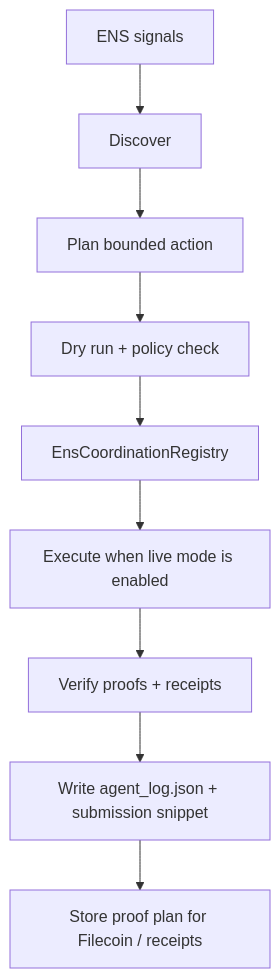
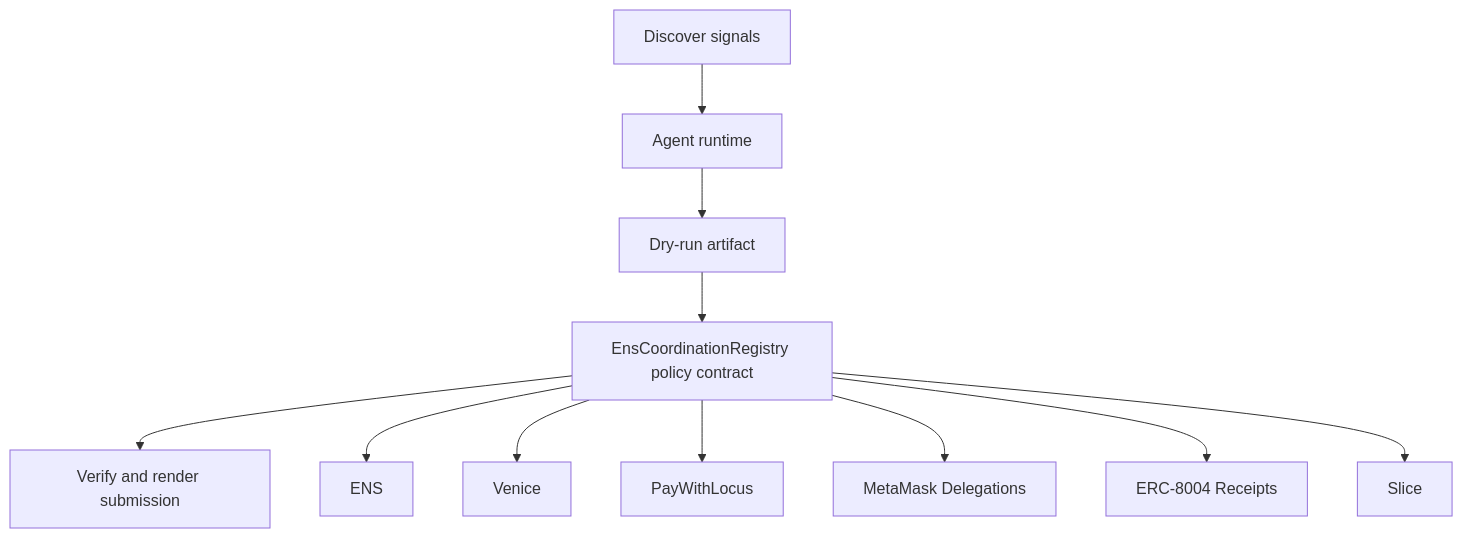
Before and after one commit to CrystallineButterfly/Synthesis-ENS: the diagram in docs/architecture.mmd, drawn with Mermaid. The commit also changed 998 other files, not shown here.

Commit message:
Implement bounded agent runtime

```diff
--- a/docs/architecture.mmd
+++ b/docs/architecture.mmd
@@ -1,9 +1,13 @@
 flowchart TD
-    Signals[ENS signals] --> Discover[Discover]
-    Discover --> Plan[Plan bounded action]
-    Plan --> DryRun[Dry run + policy check]
-    DryRun --> Guard[EnsCoordinationRegistry]
-    Guard --> Execute[Execute when live mode is enabled]
-    Execute --> Verify[Verify proofs + receipts]
-    Verify --> Persist[Write agent_log.json + submission snippet]
-    Persist --> Storage[Store proof plan for Filecoin / receipts]
+    Signals[Discover signals]
+    Planner[Agent runtime]
+    DryRun[Dry-run artifact]
+    Contract[EnsCoordinationRegistry policy contract]
+    Verify[Verify and render submission]
+    Signals --> Planner --> DryRun --> Contract --> Verify
+    Contract --> ens[ENS]
+    Contract --> venice[Venice]
+    Contract --> paywithlocus[PayWithLocus]
+    Contract --> metamask_delegations[MetaMask Delegations]
+    Contract --> erc_8004_receipts[ERC-8004 Receipts]
+    Contract --> slice[Slice]
```
